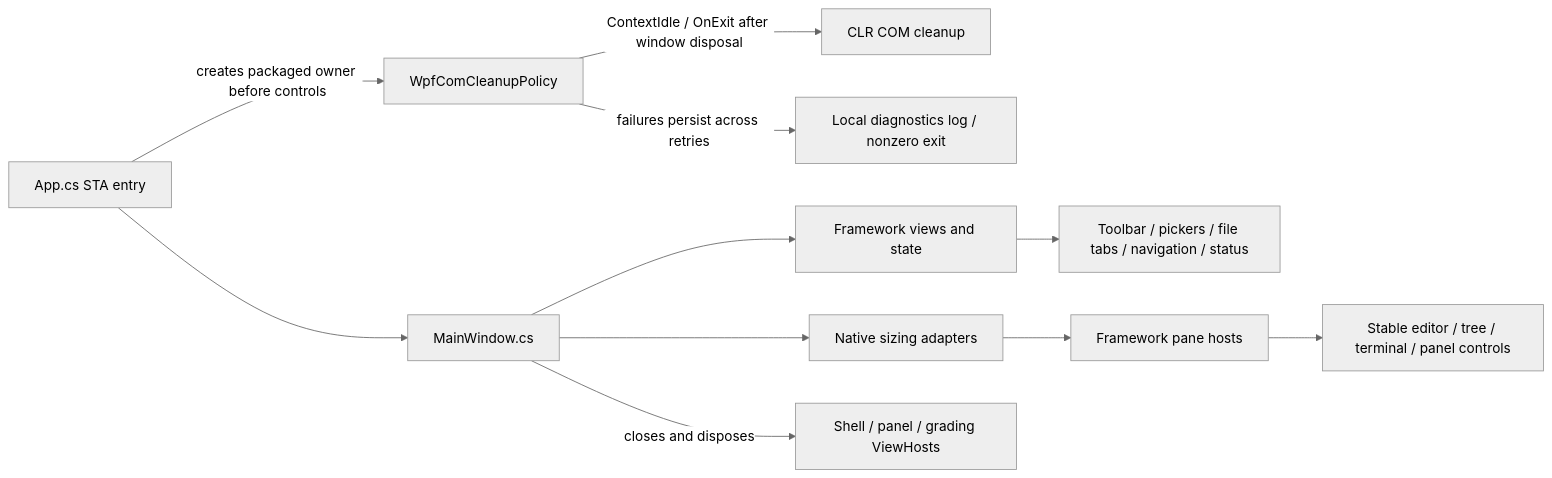
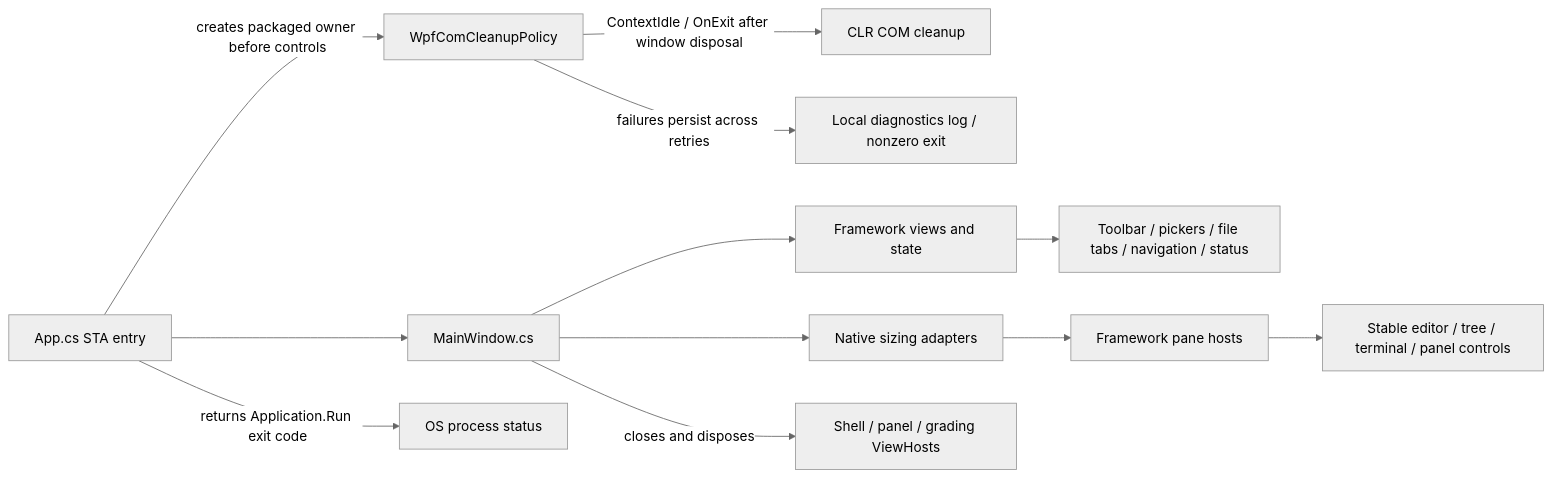
Before and after one commit to signalnotnoise/GuidedGrade: the first of 11 diagrams in KNOWLEDGE_GRAPH.md, drawn with Mermaid (neutral theme). The commit also changed other lines of this file and 7 other files, not shown here.

````diff
--- a/KNOWLEDGE_GRAPH.md
+++ b/KNOWLEDGE_GRAPH.md
@@ -9,13 +9,14 @@
 ```mermaid
 flowchart LR
     Startup[App.cs STA entry] --> Shell[MainWindow.cs]
     Startup -->|creates packaged owner before controls| Cleanup[WpfComCleanupPolicy]
     Cleanup -->|ContextIdle / OnExit after window disposal| Drain[CLR COM cleanup]
     Cleanup -->|failures persist across retries| Diagnostics[Local diagnostics log / nonzero exit]
+    Startup -->|returns Application.Run exit code| Exit[OS process status]
     Shell --> Views[Framework views and state]
     Views --> Actions[Toolbar / pickers / file tabs / navigation / status]
     Shell --> Adapter[Native sizing adapters]
     Adapter --> Hosts[Framework pane hosts]
     Hosts --> Native[Stable editor / tree / terminal / panel controls]
     Shell -->|closes and disposes| Lifetime[Shell / panel / grading ViewHosts]
 ```
````
